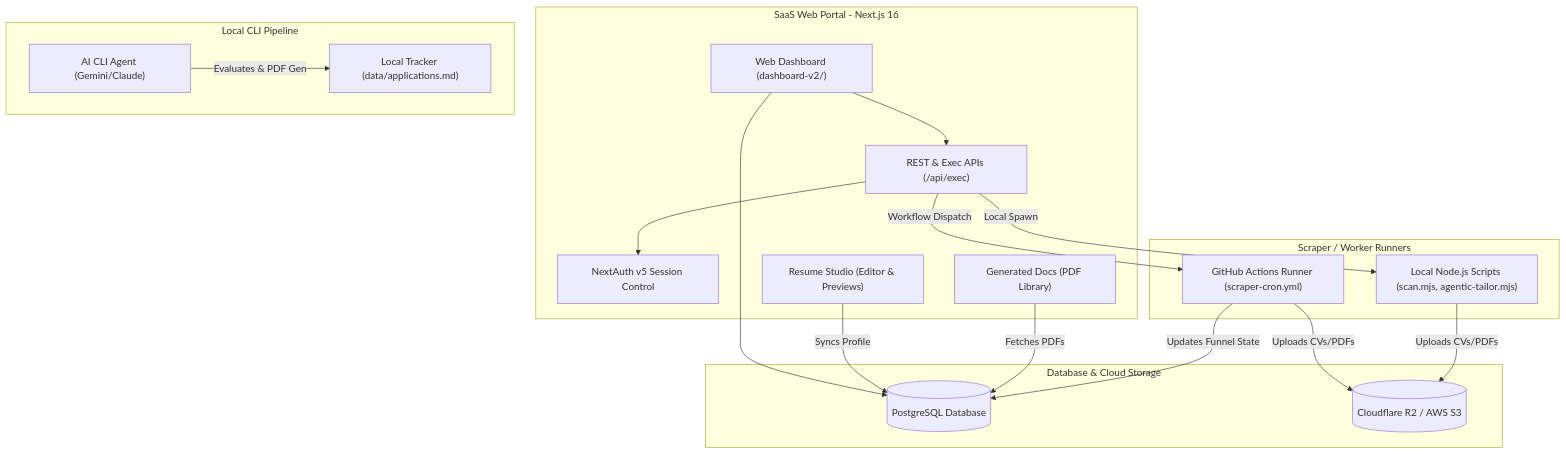
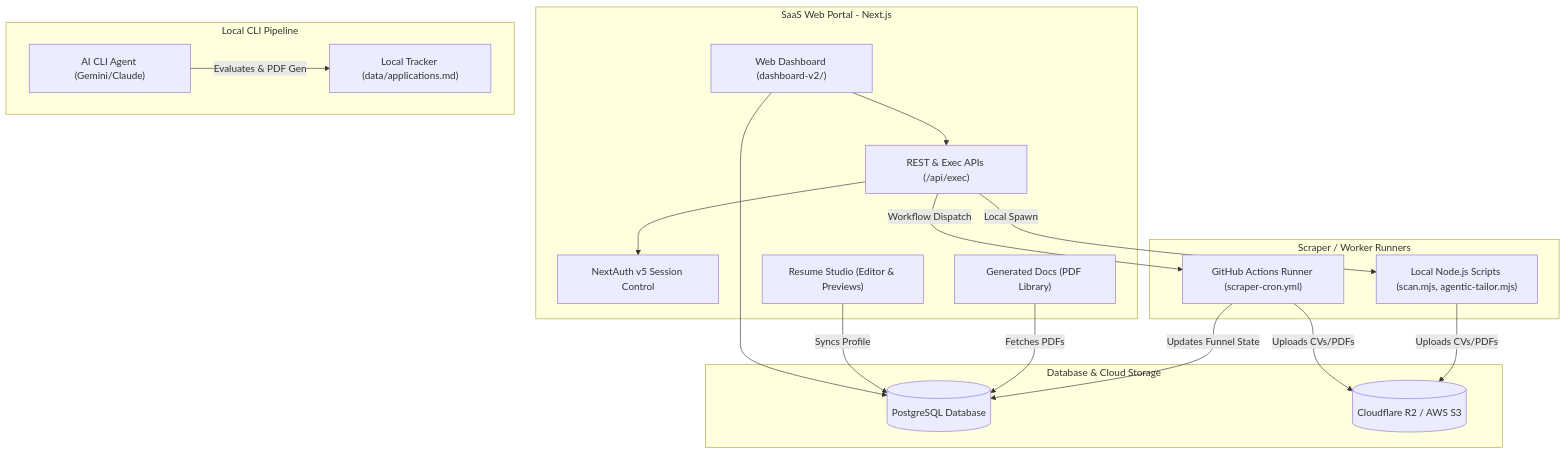
One commit to UGilfoyle/career-ops changed the diagram in README.md. Above: the diagram before and after it, drawn with Mermaid. The commit also changed other lines of this file, not shown here.

````diff
--- a/README.md
+++ b/README.md
@@ -24,46 +24,46 @@
 ```mermaid
 graph TD
     %% SaaS Layer
-    subgraph SaaS_Layer [SaaS Web Portal - Next.js 16]
+    subgraph SaaS_Layer [SaaS Web Portal - Next.js]
         WebDash["Web Dashboard (dashboard-v2/)"]
         API["REST & Exec APIs (/api/exec)"]
         Auth["NextAuth v5 Session Control"]
         ResumeStudio["Resume Studio (Editor & Previews)"]
         GeneratedDocs["Generated Docs (PDF Library)"]
     end
 
     %% Storage & Database
     subgraph Storage [Database & Cloud Storage]
         DB[(PostgreSQL Database)]
         R2[(Cloudflare R2 / AWS S3)]
     end
 
     %% CLI / Local Layer
     subgraph Local_Pipeline [Local CLI Pipeline]
         CLI["AI CLI Agent (Gemini/Claude)"]
         LocalData["Local Tracker (data/applications.md)"]
     end
 
     %% Execution Runner (GitHub Actions / Local)
     subgraph Runner_Infrastructure [Scraper / Worker Runners]
         GH_Actions["GitHub Actions Runner (scraper-cron.yml)"]
         NodeWorker["Local Node.js Scripts (scan.mjs, agentic-tailor.mjs)"]
     end
 
     %% Interactions
     WebDash --> API
     API --> Auth
     WebDash --> DB
     API -->|Workflow Dispatch| GH_Actions
     API -->|Local Spawn| NodeWorker
     ResumeStudio -->|Syncs Profile| DB
     GeneratedDocs -->|Fetches PDFs| DB
     
     %% Storage Connections
     GH_Actions -->|Uploads CVs/PDFs| R2
     NodeWorker -->|Uploads CVs/PDFs| R2
     GH_Actions -->|Updates Funnel State| DB
     
     %% Local Interfacing
     CLI -->|Evaluates & PDF Gen| LocalData
 ```
````
